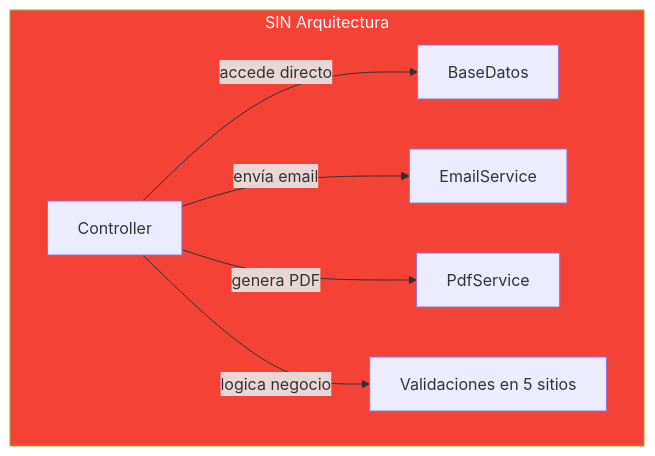
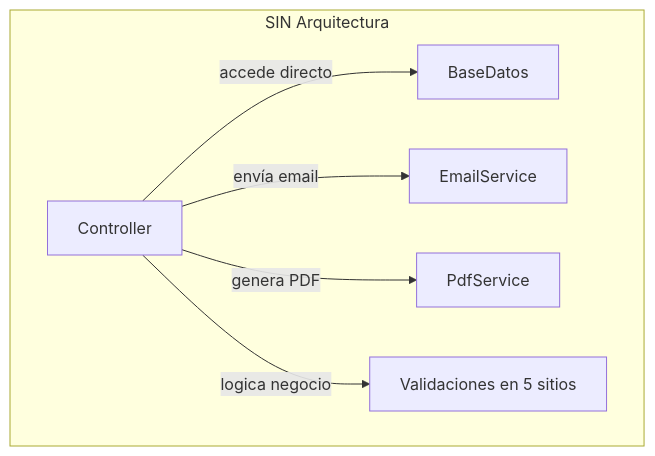
One commit to joseluisgs/DesarrolloWebEntornosServidor-02-2026-2027 changed the first of 8 diagrams in 11-clean-architecture.md. Above: the diagram before and after it, drawn with Mermaid. The commit also changed other lines of this file and 4 other files, not shown here.

Commit message:
docs: quitar el relleno a los subgraf de los diagramas de los temas 01, 10, 11, 19 y 30

````diff
--- a/11-clean-architecture.md
+++ b/11-clean-architecture.md
@@ -59,11 +59,10 @@
 ```mermaid
 flowchart TD
     subgraph MAL["SIN Arquitectura"]
         A1["Controller"] -->|"accede directo"| B1["BaseDatos"]
         A1 -->|"envía email"| C1["EmailService"]
         A1 -->|"genera PDF"| D1["PdfService"]
         A1 -->|"logica negocio"| E1["Validaciones en 5 sitios"]
     end
 
-    style MAL fill:#f44336,color:#fff
 ```
````
